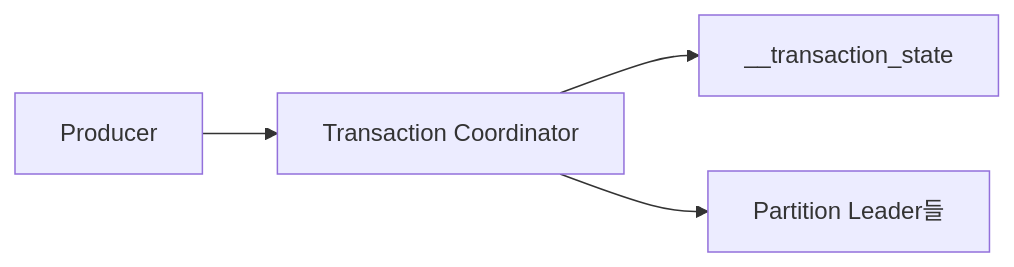
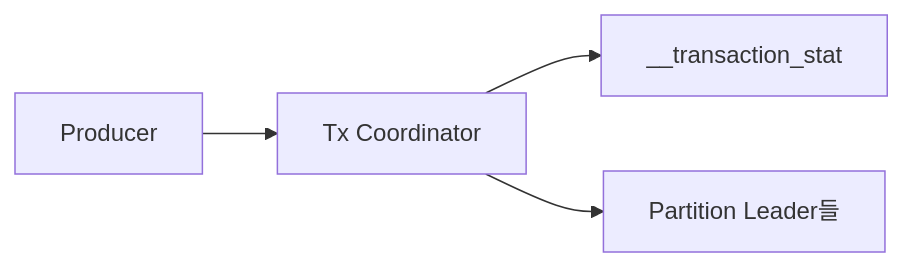
Diagram 11 of 11 in _posts/kafka/2026-05-01-kafka-internals.md (yjkim2015/yjkim2015.github.io), drawn with Mermaid before and after one commit. The commit also changed other lines of this file and 245 other files, not shown here.

First line of the commit message:
Mermaid 다이어그램 전면 수정 + 면접 포인트 접기/펼치기 + DB 데드락 페이지

````diff
--- a/_posts/kafka/2026-05-01-kafka-internals.md
+++ b/_posts/kafka/2026-05-01-kafka-internals.md
@@ -1052,6 +1052,6 @@
 ```mermaid
 graph LR
-    PROD["Producer"] --> TXCOORD["Transaction Coordinator"]
-    TXCOORD --> TXLOG["__transaction_state"]
+    PROD["Producer"] --> TXCOORD["Tx Coordinator"]
+    TXCOORD --> TXLOG["__transaction_stat"]
     TXCOORD --> PARTLEADER["Partition Leader들"]
 ```
````
